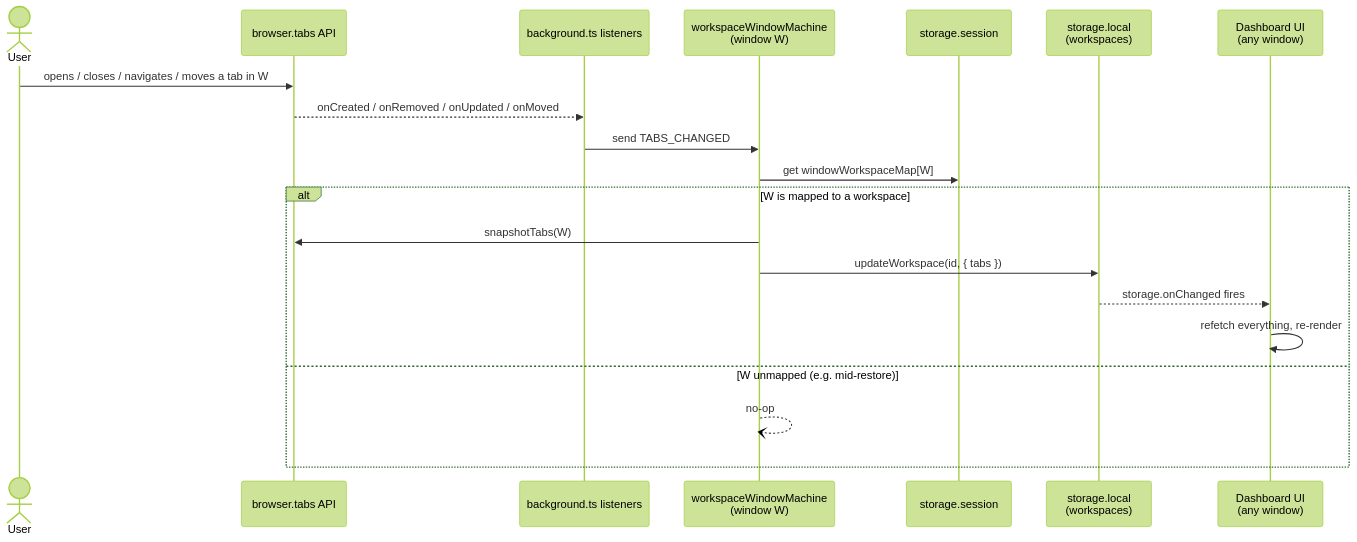
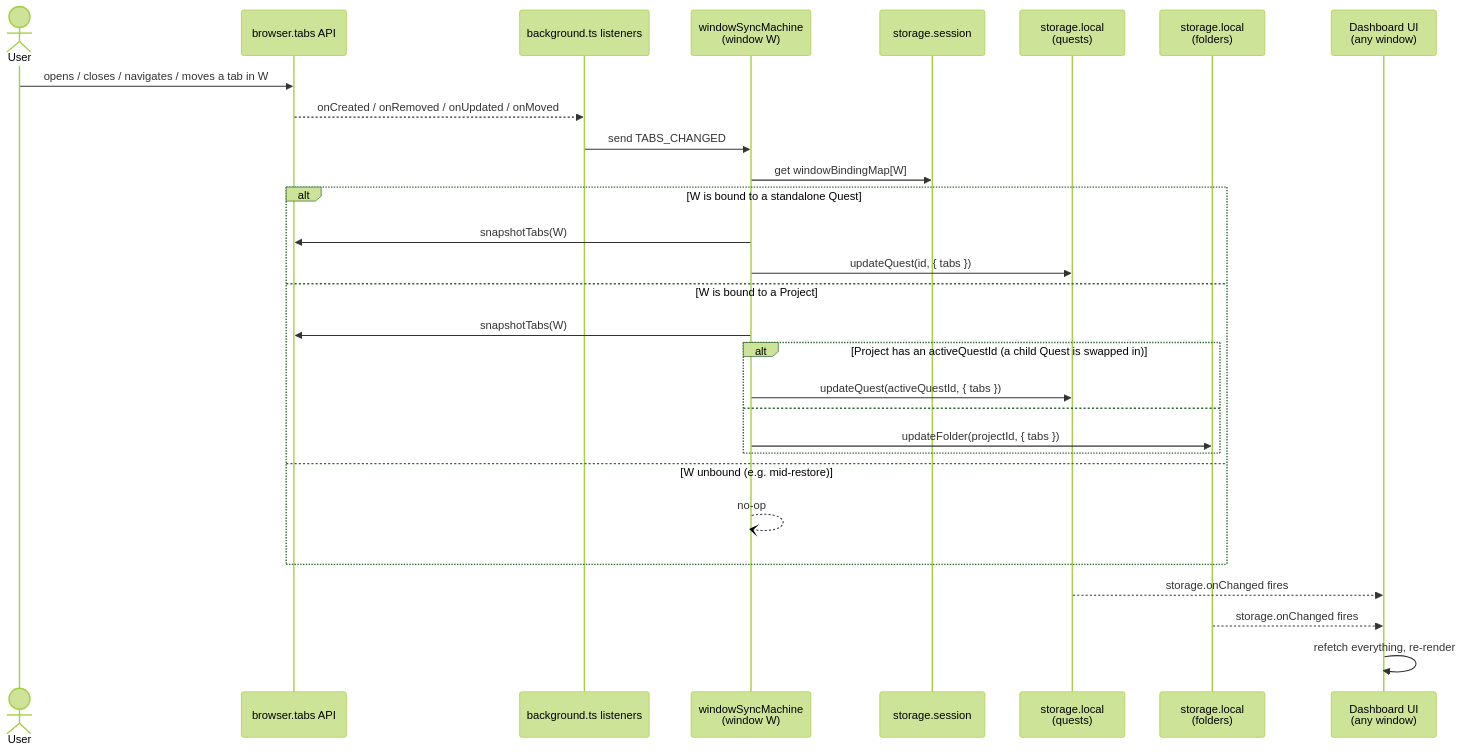
One commit to enyhma/cntxt changed the fourth of 11 diagrams in docs/workflows.md. Above: the diagram before and after it, drawn with Mermaid (forest theme). The commit also changed other lines of this file and 9 other files, not shown here.

````diff
--- a/docs/workflows.md
+++ b/docs/workflows.md
@@ -89,23 +89,32 @@
 ```mermaid
 sequenceDiagram
     actor User
     participant Tabs as browser.tabs API
     participant BG as background.ts listeners
-    participant WinActor as workspaceWindowMachine<br/>(window W)
+    participant WinActor as windowSyncMachine<br/>(window W)
     participant Session as storage.session
-    participant Workspaces as storage.local<br/>(workspaces)
+    participant Quests as storage.local<br/>(quests)
+    participant Folders as storage.local<br/>(folders)
     participant Dashboard as Dashboard UI<br/>(any window)
 
     User->>Tabs: opens / closes / navigates / moves a tab in W
     Tabs-->>BG: onCreated / onRemoved / onUpdated / onMoved
     BG->>WinActor: send TABS_CHANGED
-    WinActor->>Session: get windowWorkspaceMap[W]
-    alt W is mapped to a workspace
+    WinActor->>Session: get windowBindingMap[W]
+    alt W is bound to a standalone Quest
         WinActor->>Tabs: snapshotTabs(W)
-        WinActor->>Workspaces: updateWorkspace(id, { tabs })
-        Workspaces-->>Dashboard: storage.onChanged fires
-        Dashboard->>Dashboard: refetch everything, re-render
-    else W unmapped (e.g. mid-restore)
+        WinActor->>Quests: updateQuest(id, { tabs })
+    else W is bound to a Project
+        WinActor->>Tabs: snapshotTabs(W)
+        alt Project has an activeQuestId (a child Quest is swapped in)
+            WinActor->>Quests: updateQuest(activeQuestId, { tabs })
+        else
+            WinActor->>Folders: updateFolder(projectId, { tabs })
+        end
+    else W unbound (e.g. mid-restore)
         WinActor--)WinActor: no-op
     end
+    Quests-->>Dashboard: storage.onChanged fires
+    Folders-->>Dashboard: storage.onChanged fires
+    Dashboard->>Dashboard: refetch everything, re-render
 ```
````
